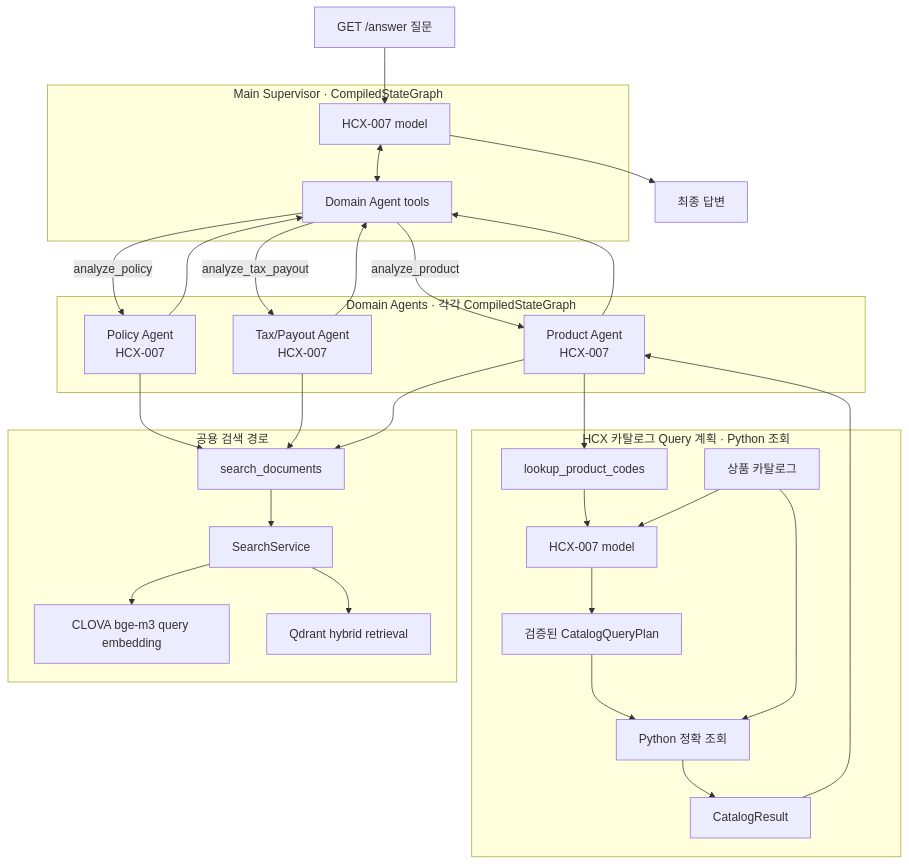
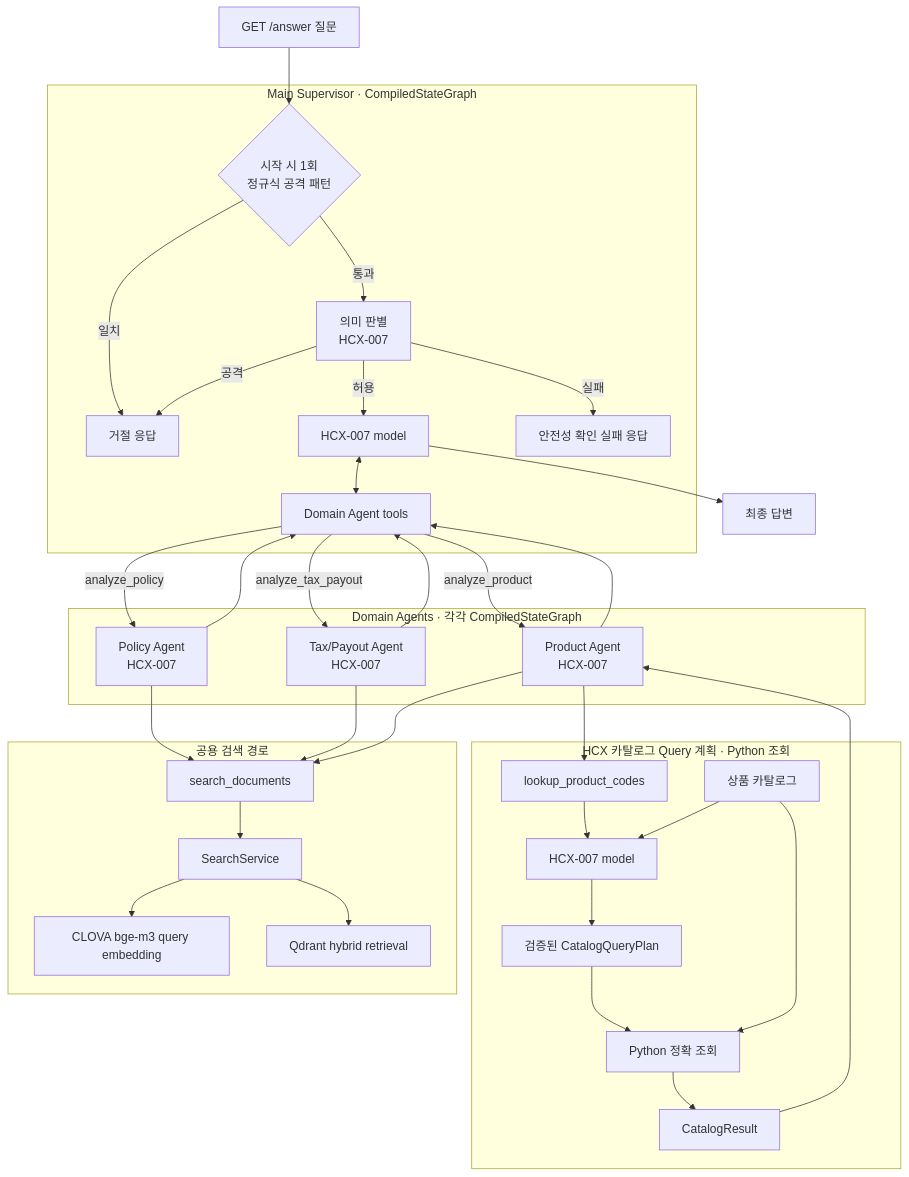
Before and after one commit to nayeon653/-ace3: the first of 5 diagrams in docs/architecture/agent-graphs.md, drawn with Mermaid. The commit also changed other lines of this file and 20 other files, not shown here.

````diff
--- a/docs/architecture/agent-graphs.md
+++ b/docs/architecture/agent-graphs.md
@@ -14,44 +14,49 @@
 ```mermaid
 flowchart TB
-    question["GET /answer 질문"] --> supervisor
+    question["GET /answer 질문"] --> regex_guard
 
     subgraph main["Main Supervisor · CompiledStateGraph"]
+        regex_guard{"시작 시 1회<br/>정규식 공격 패턴"} -->|일치| guard_refusal["거절 응답"]
+        regex_guard -->|통과| input_guard["의미 판별<br/>HCX-007"]
+        input_guard -->|허용| supervisor
+        input_guard -->|공격| guard_refusal
+        input_guard -->|실패| guard_unavailable["안전성 확인 실패 응답"]
         supervisor["HCX-007 model"] <--> domain_tools["Domain Agent tools"]
     end
 
     domain_tools -->|analyze_policy| domain_policy
     domain_tools -->|analyze_tax_payout| domain_tax_payout
     domain_tools -->|analyze_product| domain_product
 
     subgraph domains["Domain Agents · 각각 CompiledStateGraph"]
         domain_policy["Policy Agent<br/>HCX-007"]
         domain_tax_payout["Tax/Payout Agent<br/>HCX-007"]
         domain_product["Product Agent<br/>HCX-007"]
     end
 
     domain_policy --> domain_tools
     domain_policy --> search_tools
     domain_tax_payout --> domain_tools
     domain_tax_payout --> search_tools
     domain_product --> domain_tools
     domain_product --> search_tools
 
     subgraph catalog["HCX 카탈로그 Query 계획 · Python 조회"]
         catalog_lookup["lookup_product_codes"] --> catalog_hcx["HCX-007 model"]
         product_catalog["상품 카탈로그"] --> catalog_hcx
         catalog_hcx --> catalog_query["검증된 CatalogQueryPlan"]
         catalog_query --> catalog_execute["Python 정확 조회"]
         product_catalog --> catalog_execute
         catalog_execute --> catalog_result["CatalogResult"]
     end
     domain_product --> catalog_lookup
     catalog_result --> domain_product
 
     subgraph search["공용 검색 경로"]
         search_tools["search_documents"] --> search_service["SearchService"]
         search_service --> embedding["CLOVA bge-m3 query embedding"]
         search_service --> qdrant["Qdrant hybrid retrieval"]
     end
 
     supervisor --> answer["최종 답변"]
 ```
````
